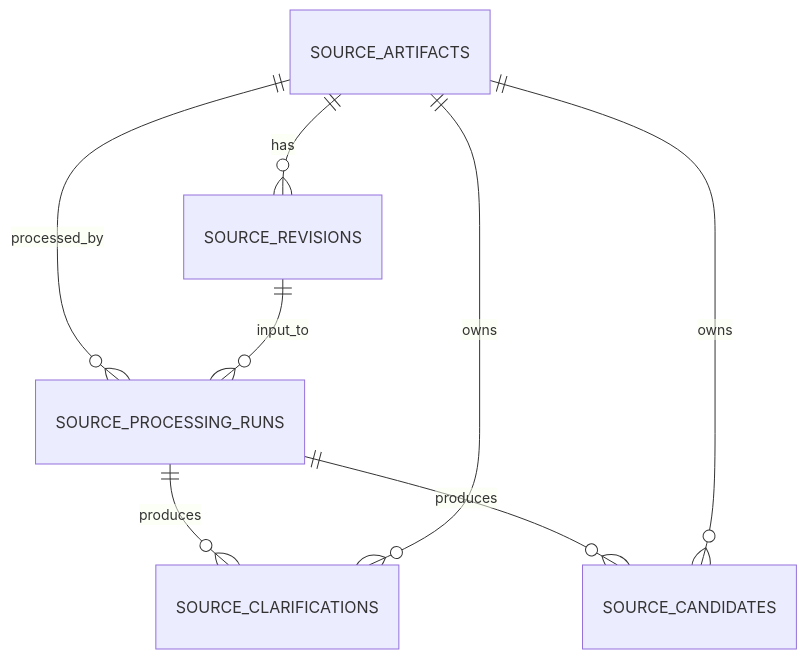
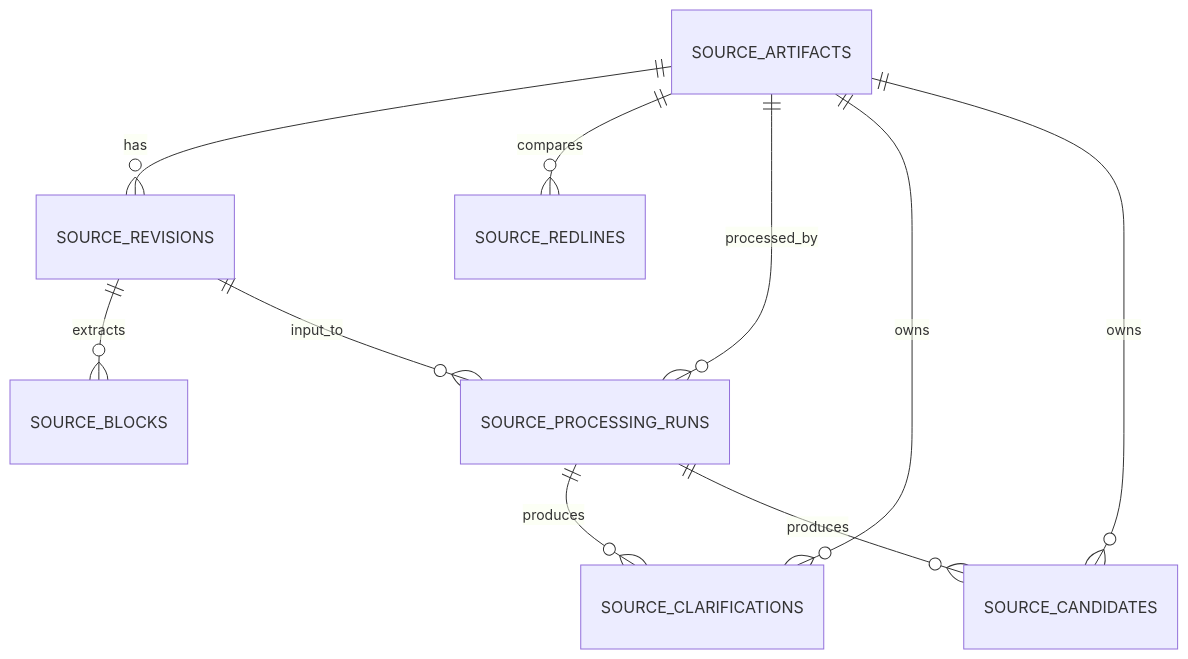
The second of 3 diagrams in docs/data-model.md (caffreit/rhythmreview-evidence-workspace), drawn with Mermaid before and after one commit. The commit also changed other lines of this file and 65 other files, not shown here.

````diff
--- a/docs/data-model.md
+++ b/docs/data-model.md
@@ -72,10 +99,12 @@
 ```mermaid
 erDiagram
     SOURCE_ARTIFACTS ||--o{ SOURCE_REVISIONS : has
+    SOURCE_REVISIONS ||--o{ SOURCE_BLOCKS : extracts
+    SOURCE_ARTIFACTS ||--o{ SOURCE_REDLINES : compares
     SOURCE_ARTIFACTS ||--o{ SOURCE_PROCESSING_RUNS : processed_by
     SOURCE_REVISIONS ||--o{ SOURCE_PROCESSING_RUNS : input_to
     SOURCE_PROCESSING_RUNS ||--o{ SOURCE_CLARIFICATIONS : produces
     SOURCE_PROCESSING_RUNS ||--o{ SOURCE_CANDIDATES : produces
     SOURCE_ARTIFACTS ||--o{ SOURCE_CLARIFICATIONS : owns
     SOURCE_ARTIFACTS ||--o{ SOURCE_CANDIDATES : owns
 ```
````
